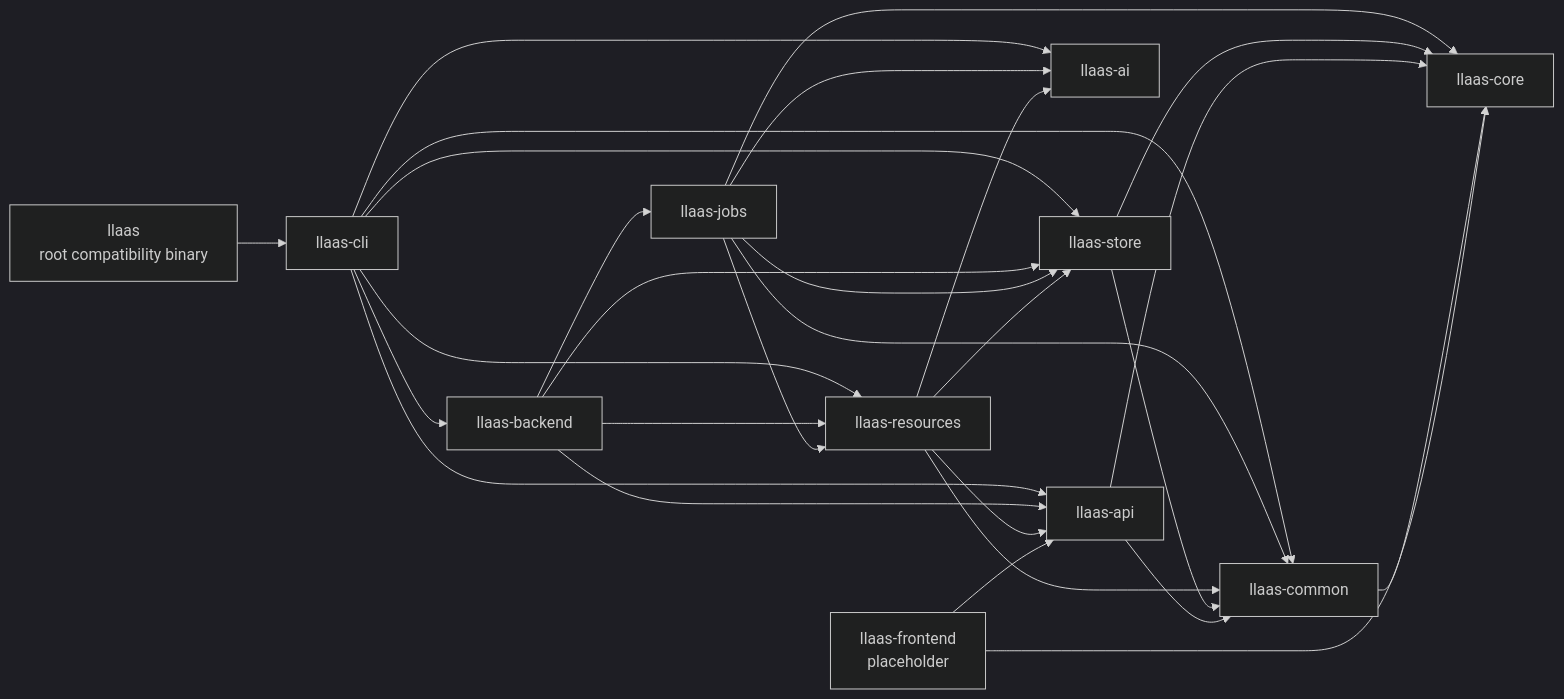
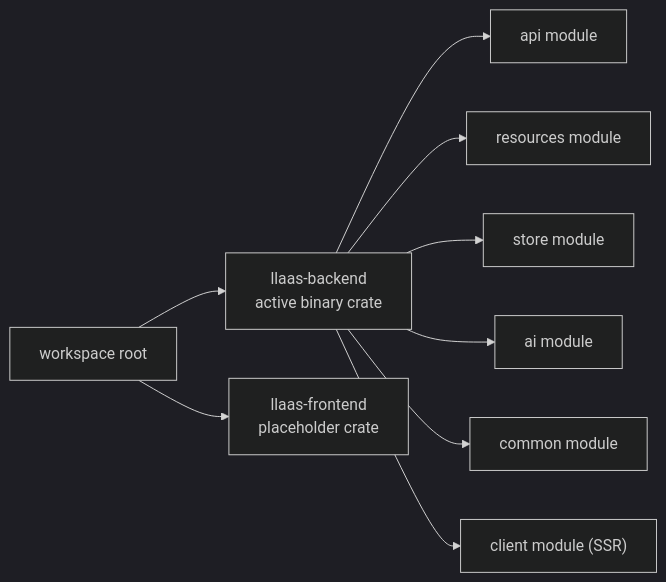
The first of 2 diagrams in README.md (guypeled76/llaas2), drawn with Mermaid (dark theme) before and after one commit. The commit also changed other lines of this file, not shown here.

Commit message:
Refactor README to clarify workspace structure and update command examples

````diff
--- a/README.md
+++ b/README.md
@@ -18,36 +21,12 @@
 ```mermaid
 flowchart LR
-    root["llaas\nroot compatibility binary"] --> cli["llaas-cli"]
+    root["workspace root"] --> backend["llaas-backend\nactive binary crate"]
+    root --> frontend["llaas-frontend\nplaceholder crate"]
 
-    cli --> backend["llaas-backend"]
-    cli --> api["llaas-api"]
-    cli --> ai["llaas-ai"]
-    cli --> common["llaas-common"]
-    cli --> resources["llaas-resources"]
-    cli --> store["llaas-store"]
-
-    backend --> api
-    backend --> jobs["llaas-jobs"]
-    backend --> resources
-    backend --> store
-
-    jobs --> ai
-    jobs --> resources
-    jobs --> store
-    jobs --> common
-    jobs --> core["llaas-core"]
-
-    resources --> api
-    resources --> ai
-    resources --> common
-    resources --> store
-
-    store --> common
-    store --> core
-    api --> common
-    api --> core
-    common --> core
-
-    frontend["llaas-frontend\nplaceholder"] --> api
-    frontend --> core
+    backend --> api["api module"]
+    backend --> resources["resources module"]
+    backend --> store["store module"]
+    backend --> ai["ai module"]
+    backend --> common["common module"]
+    backend --> client["client module (SSR)"]
 ```
````
